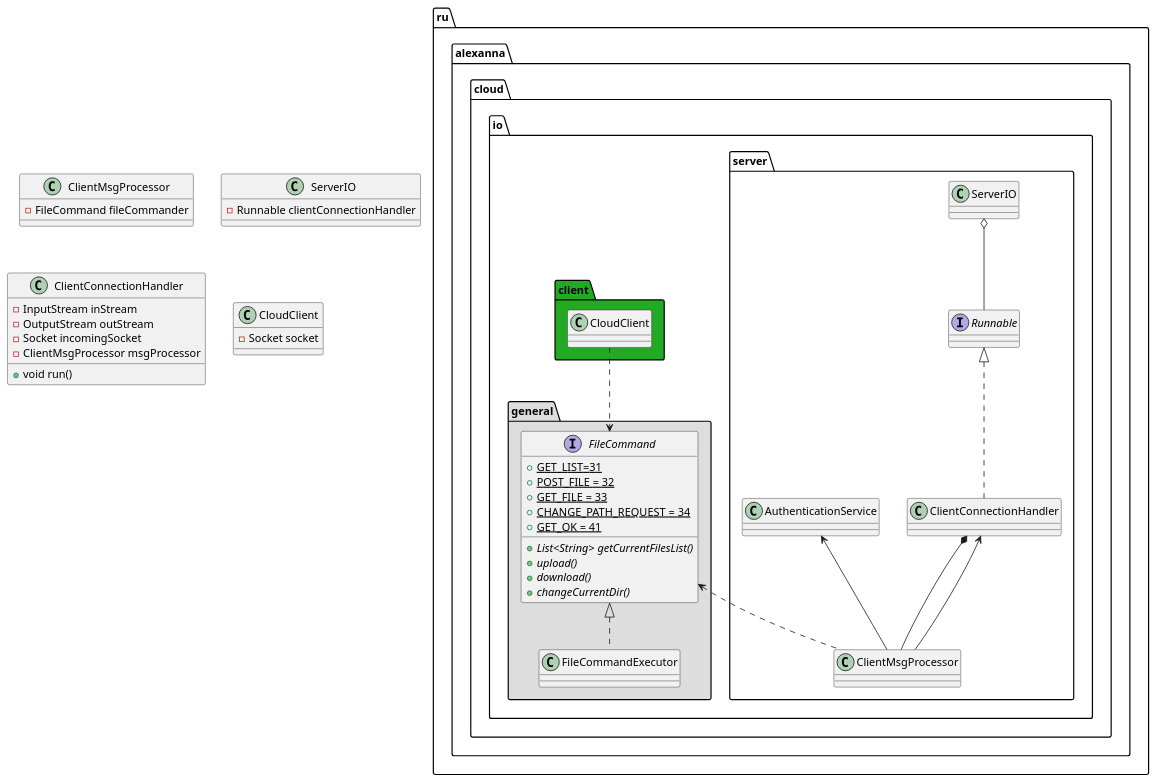
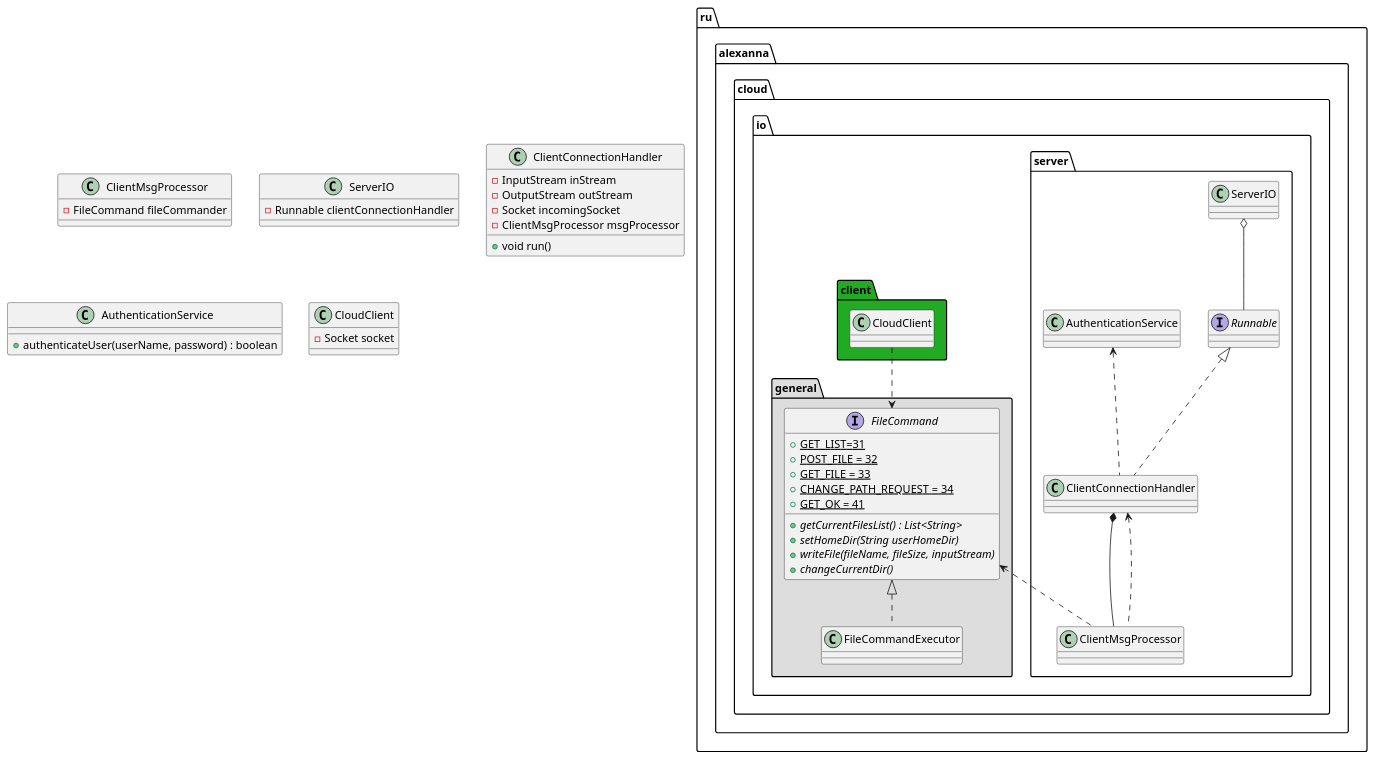
Before and after one commit to AleksOl31/myCloud: the diagram in src/main/java/ru/alexanna/cloud/io/MyCloud.puml, drawn with PlantUML. The commit also changed 1 other file, not shown here.

Commit message:
Изменение архитектуры в UML диаграмме

```diff
--- a/src/main/java/ru/alexanna/cloud/io/MyCloud.puml
+++ b/src/main/java/ru/alexanna/cloud/io/MyCloud.puml
@@ -1,59 +1,65 @@
 @startuml
 package "ru.alexanna.cloud.io.server" {
 class ClientConnectionHandler implements Runnable
 ServerIO o-- Runnable
-AuthenticationService <-- ClientMsgProcessor
+AuthenticationService <.. ClientConnectionHandler
 ClientConnectionHandler *-- ClientMsgProcessor
-ClientConnectionHandler <-- ClientMsgProcessor
+ClientConnectionHandler <.. ClientMsgProcessor
 ru.alexanna.cloud.io.general.FileCommand <.. ClientMsgProcessor
 
 }
 
 class ClientMsgProcessor {
 - FileCommand fileCommander
 }
 
 class ServerIO {
 - Runnable clientConnectionHandler
 }
 
 class ClientConnectionHandler {
 - InputStream inStream
 - OutputStream outStream
 - Socket incomingSocket
 - ClientMsgProcessor msgProcessor
 + void run()
 }
 
+class AuthenticationService {
++ authenticateUser(userName, password) : boolean
+}
+
 package "ru.alexanna.cloud.io.general" #DDDDDD {
 class FileCommandExecutor implements FileCommand
 }
 
 interface ru.alexanna.cloud.io.general.FileCommand {
 + {static} GET_LIST=31
 + {static} POST_FILE = 32
 + {static} GET_FILE = 33
 + {static} CHANGE_PATH_REQUEST = 34
 + {static} GET_OK = 41
-+ {abstract} List<String> getCurrentFilesList()
-+ {abstract} upload()
-+ {abstract} download()
++ {abstract} getCurrentFilesList() : List<String>
+'+ {abstract} upload()
+'+ {abstract} download()
++ {abstract} setHomeDir(String userHomeDir)
++ {abstract} writeFile(fileName, fileSize, inputStream)
 + {abstract} changeCurrentDir()
 '+ {abstract} copy()
 '+ {abstract} delete()
 '+ {abstract} move()
 }
 
 class ru.alexanna.cloud.io.general.FileCommandExecutor {
 
 }
 
 package "ru.alexanna.cloud.io.client" #22AA24 {
 CloudClient ..> ru.alexanna.cloud.io.general.FileCommand
 }
 
 class CloudClient {
 - Socket socket
 }
 
 @enduml
```
